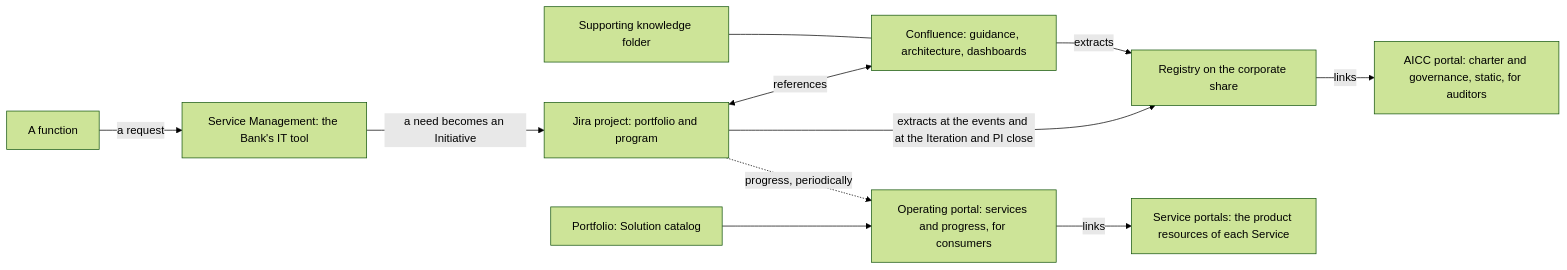
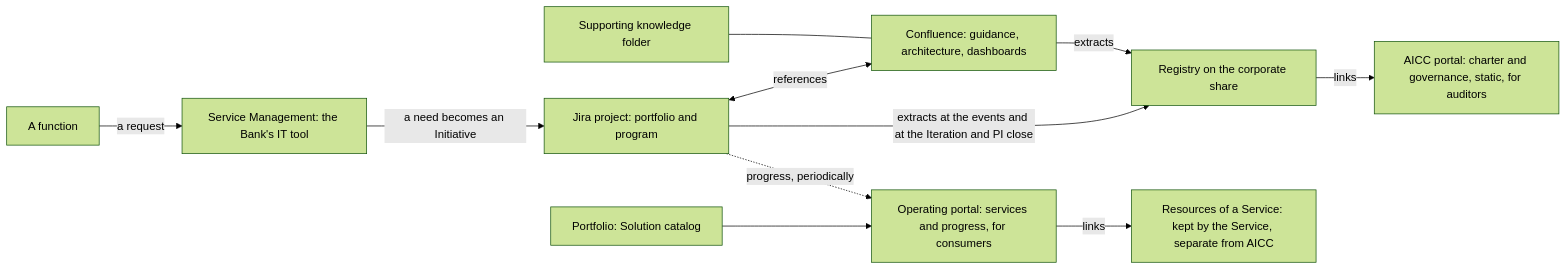
The diagram in charter/workflows/collaboration-tooling.md (devhogu/ob-aicc), drawn with Mermaid (forest theme) before and after one commit. The commit also changed other lines of this file and 75 other files, not shown here.

Commit message:
Life-cycle flows, measures, end-to-end evaluation, two-level acceptance, and the yearly Steering in December (DR-2026-050 to DR-2026-057)

````diff
--- a/charter/workflows/collaboration-tooling.md
+++ b/charter/workflows/collaboration-tooling.md
@@ -11,13 +11,13 @@
 ```mermaid
 flowchart LR
   F["A function"] -->|a request| SM["Service Management: the Bank's IT tool"]
   SM -->|a need becomes an Initiative| J["Jira project: portfolio and program"]
   J <-->|references| C["Confluence: guidance, architecture, dashboards"]
   K["Supporting knowledge folder"] --- C
   J -->|extracts at the events and at the Iteration and PI close| R["Registry on the corporate share"]
   C -->|extracts| R
   R -->|links| AP["AICC portal: charter and governance, static, for auditors"]
   P["Portfolio: Solution catalog"] --> OP["Operating portal: services and progress, for consumers"]
   J -.->|progress, periodically| OP
-  OP -->|links| SP["Service portals: the product resources of each Service"]
+  OP -->|links| SP["Resources of a Service: kept by the Service, separate from AICC"]
 ```
````
